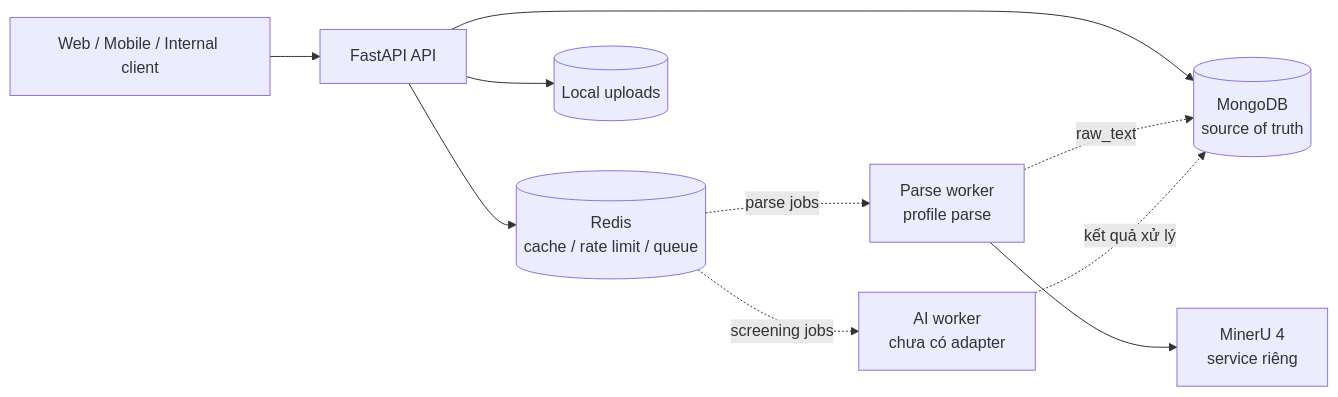
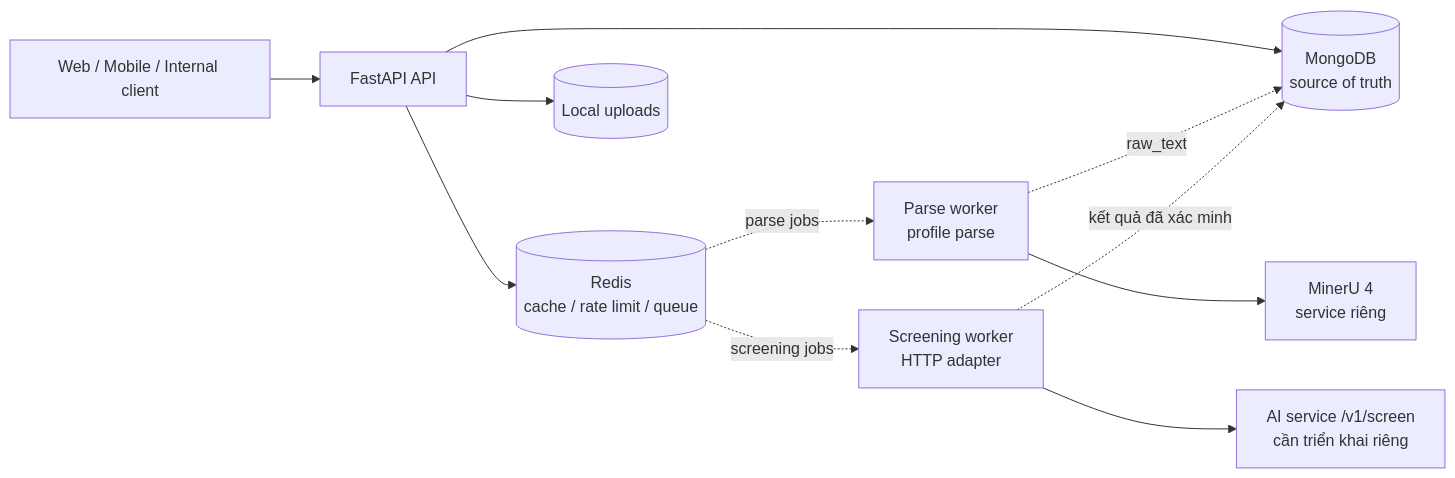
Before and after one commit to doanthai161/Resume-Screening-System: the diagram in README.md, drawn with Mermaid. The commit also changed other lines of this file and 24 other files, not shown here.

Commit message:
feat: add screening HTTP adapter and API documentation

````diff
--- a/README.md
+++ b/README.md
@@ -30,12 +33,13 @@
 ```mermaid
 flowchart LR
     Client[Web / Mobile / Internal client] --> API[FastAPI API]
     API --> Mongo[(MongoDB\nsource of truth)]
     API --> Redis[(Redis\ncache / rate limit / queue)]
     API --> Files[(Local uploads)]
     Redis -. parse jobs .-> Parser[Parse worker\nprofile parse]
     Parser --> MinerU[MinerU 4\nservice riêng]
     Parser -. raw_text .-> Mongo
-    Redis -. screening jobs .-> AI[AI worker\nchưa có adapter]
-    AI -. kết quả xử lý .-> Mongo
+    Redis -. screening jobs .-> Screening[Screening worker\nHTTP adapter]
+    Screening --> Scorer[AI service /v1/screen\ncần triển khai riêng]
+    Screening -. kết quả đã xác minh .-> Mongo
 ```
````
